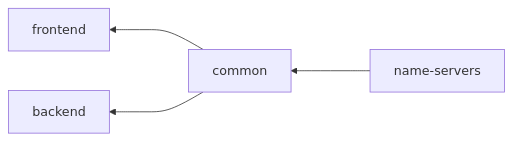
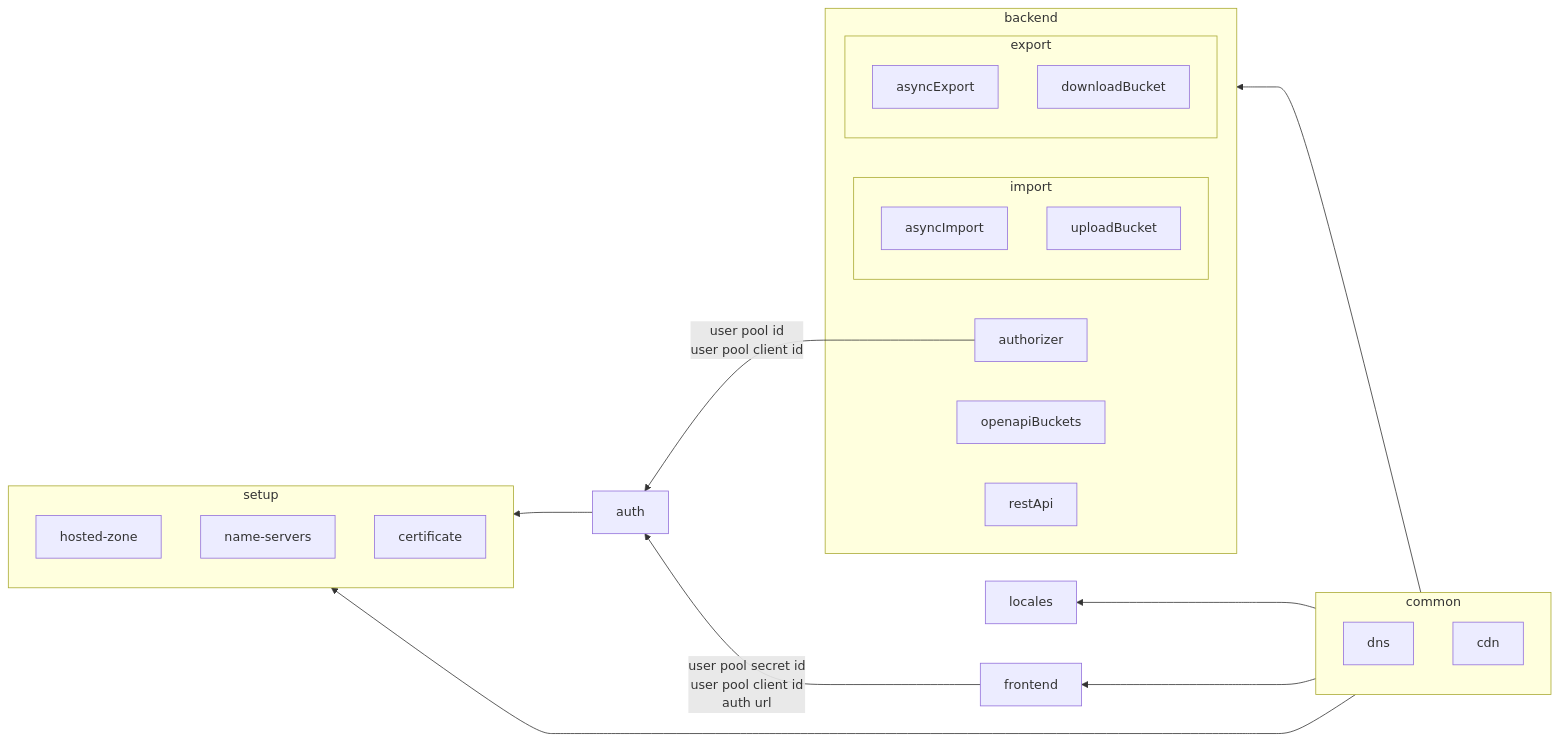
One commit to tabiya-tech/taxonomy-model-application changed the diagram in iac/README.md. Above: the diagram before and after it, drawn with Mermaid. The commit also changed 36 other files, not shown here.

````diff
--- a/iac/README.md
+++ b/iac/README.md
@@ -56,6 +56,35 @@
 ```mermaid
 flowchart RL
+    subgraph setup
+        hosted-zone
+        name-servers
+        certificate
+    end
+    subgraph common
+        dns
+        cdn
+    end
+    subgraph backend
+        subgraph import
+            asyncImport
+            uploadBucket
+        end
+        subgraph export
+            asyncExport
+            downloadBucket
+        end
+        authorizer
+        openapiBuckets
+        restApi
+
+    end
     common--->frontend;
     common--->backend;
-    name-servers--->common;
+    locales
+    auth--->setup
+    common---->setup
+
+    common--->locales
+    authorizer--user pool id\nuser pool client id-->auth
+    frontend--user pool secret id\nuser pool client id\nauth url-->auth
 ```
````
